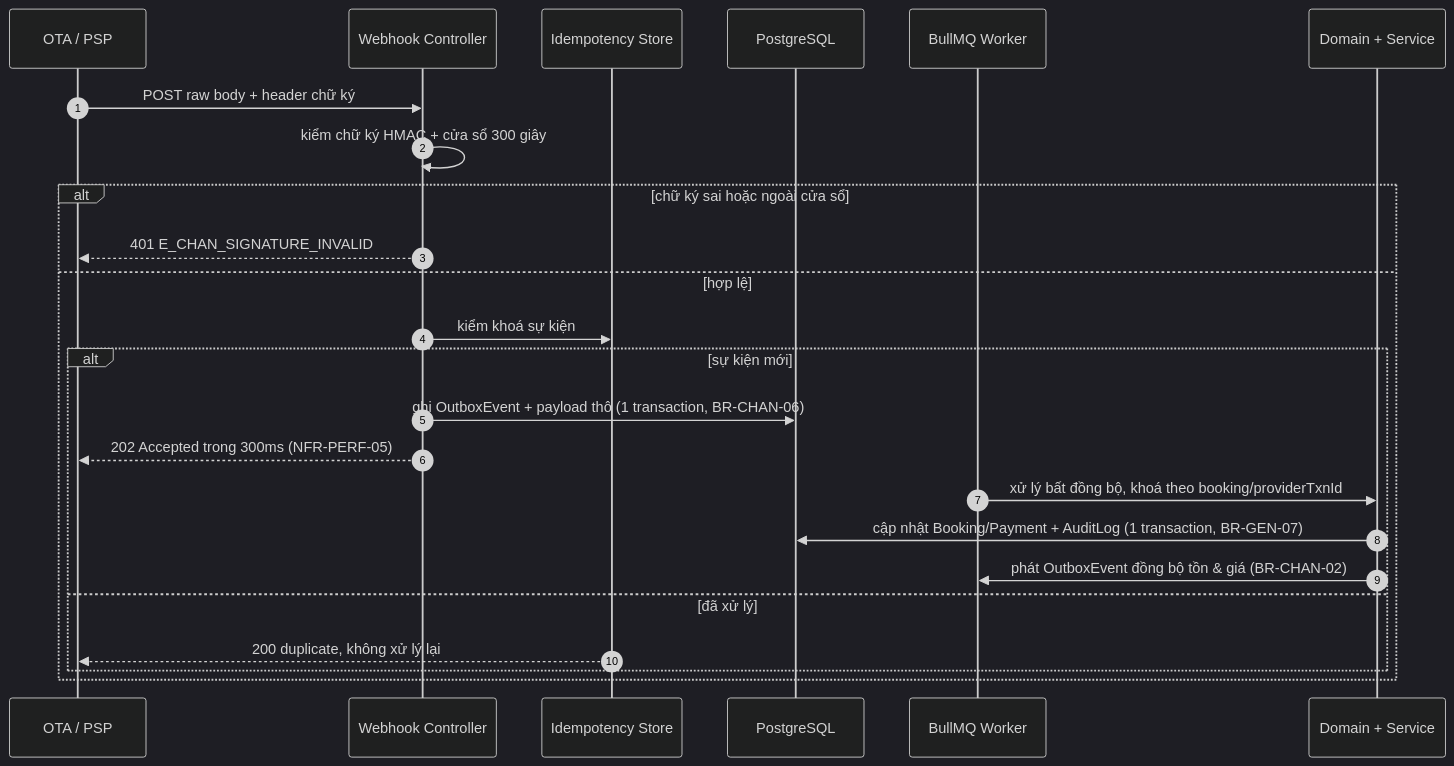
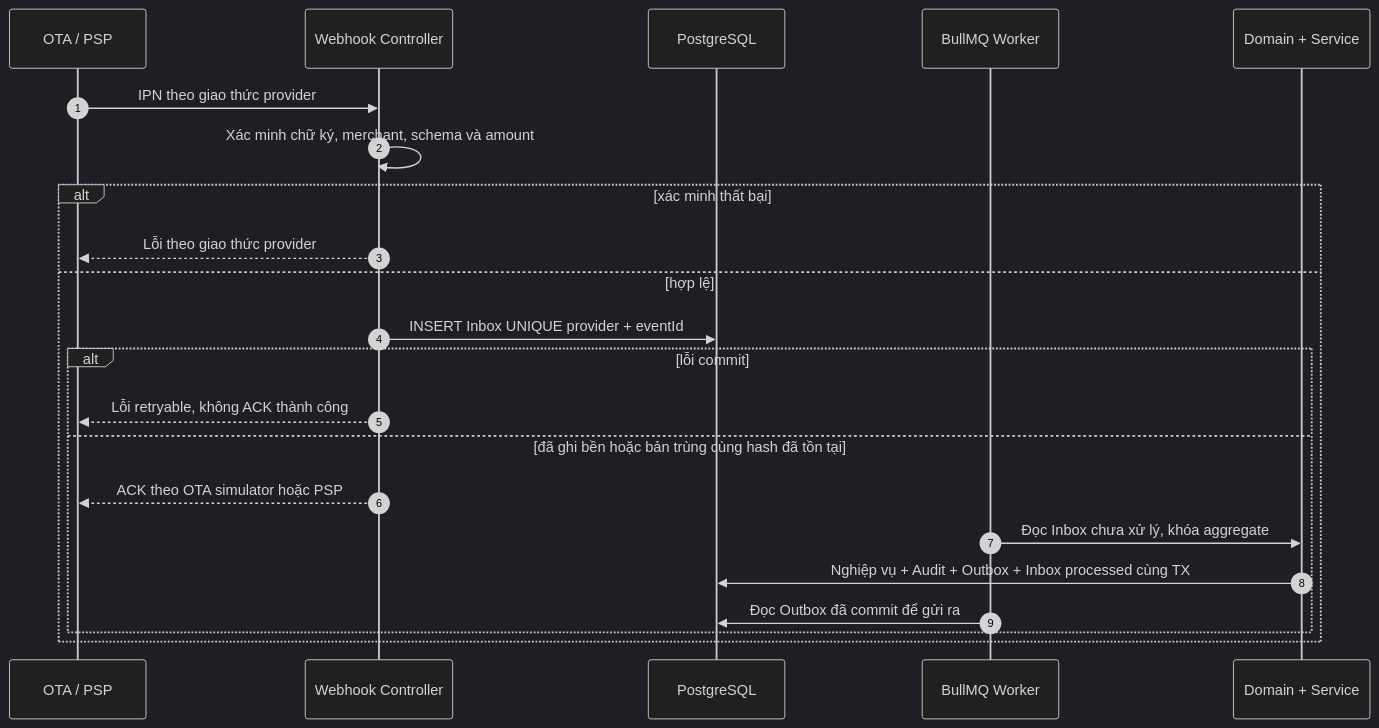
Before and after one commit to minhtuluc/HotelBuild: the diagram in docs/04-thiet-ke/api.md, drawn with Mermaid (dark theme). The commit also changed other lines of this file and 45 other files, not shown here.

````diff
--- a/docs/04-thiet-ke/api.md
+++ b/docs/04-thiet-ke/api.md
@@ -662,26 +696,24 @@
 ```mermaid
 sequenceDiagram
     autonumber
     participant EXT as OTA / PSP
     participant W as Webhook Controller
-    participant IDEM as Idempotency Store
     participant DB as PostgreSQL
     participant Q as BullMQ Worker
     participant DOM as Domain + Service
-    EXT->>W: POST raw body + header chữ ký
-    W->>W: kiểm chữ ký HMAC + cửa sổ 300 giây
-    alt chữ ký sai hoặc ngoài cửa sổ
-        W-->>EXT: 401 E_CHAN_SIGNATURE_INVALID
+    EXT->>W: IPN theo giao thức provider
+    W->>W: Xác minh chữ ký, merchant, schema và amount
+    alt xác minh thất bại
+        W-->>EXT: Lỗi theo giao thức provider
     else hợp lệ
-        W->>IDEM: kiểm khoá sự kiện
-        alt sự kiện mới
-            W->>DB: ghi OutboxEvent + payload thô (1 transaction, BR-CHAN-06)
-            W-->>EXT: 202 Accepted trong 300ms (NFR-PERF-05)
-            Q->>DOM: xử lý bất đồng bộ, khoá theo booking/providerTxnId
-            DOM->>DB: cập nhật Booking/Payment + AuditLog (1 transaction, BR-GEN-07)
-            DOM->>Q: phát OutboxEvent đồng bộ tồn & giá (BR-CHAN-02)
-        else đã xử lý
-            IDEM-->>EXT: 200 duplicate, không xử lý lại
+        W->>DB: INSERT Inbox UNIQUE provider + eventId
+        alt lỗi commit
+            W-->>EXT: Lỗi retryable, không ACK thành công
+        else đã ghi bền hoặc bản trùng cùng hash đã tồn tại
+            W-->>EXT: ACK theo OTA simulator hoặc PSP
+            Q->>DOM: Đọc Inbox chưa xử lý, khóa aggregate
+            DOM->>DB: Nghiệp vụ + Audit + Outbox + Inbox processed cùng TX
+            Q->>DB: Đọc Outbox đã commit để gửi ra
         end
     end
 ```
````
